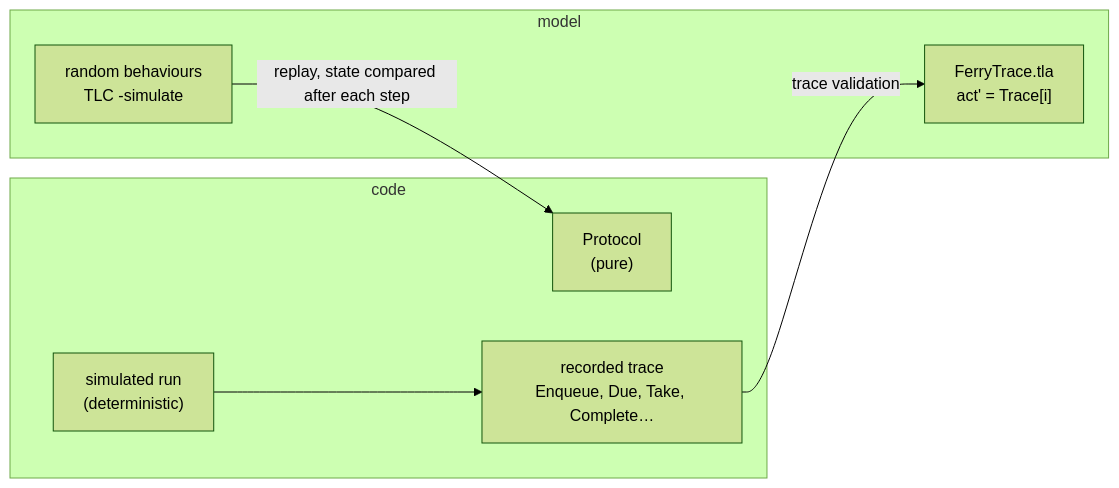
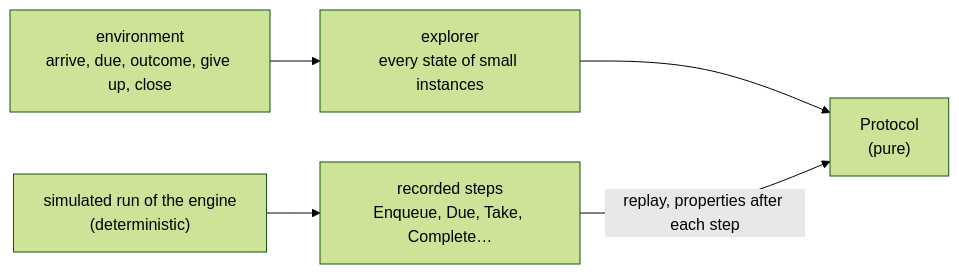
The diagram in docs/verification.md (EtaCassiopeia/zio-ferry), drawn with Mermaid (forest theme) before and after one commit. The commit also changed other lines of this file and 8 other files, not shown here.

````diff
--- a/docs/verification.md
+++ b/docs/verification.md
@@ -40,13 +38,7 @@
 ```mermaid
 flowchart LR
-  subgraph code [code]
-    S["simulated run<br/>(deterministic)"] --> T["recorded trace<br/>Enqueue, Due, Take, Complete…"]
-    P["Protocol<br/>(pure)"]
-  end
-  subgraph model [model]
-    F["FerryTrace.tla<br/>act' = Trace[i]"]
-    B["random behaviours<br/>TLC -simulate"]
-  end
-  T -->|"trace validation"| F
-  B -->|"replay, state compared after each step"| P
+  E["environment<br/>arrive, due, outcome, give up, close"] --> X["explorer<br/>every state of small instances"]
+  X --> P["Protocol<br/>(pure)"]
+  S["simulated run of the engine<br/>(deterministic)"] --> T["recorded steps<br/>Enqueue, Due, Take, Complete…"]
+  T -->|"replay, properties after each step"| P
 ```
````
